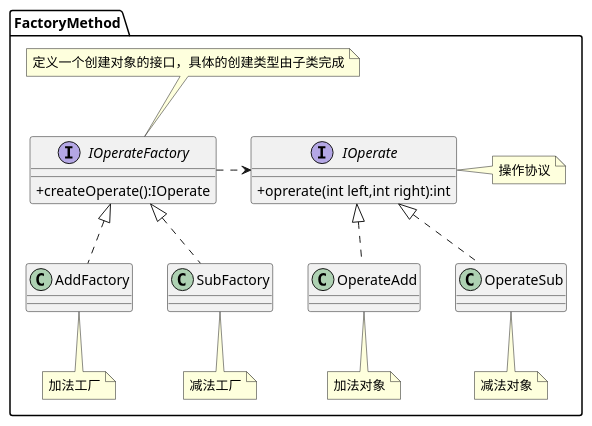
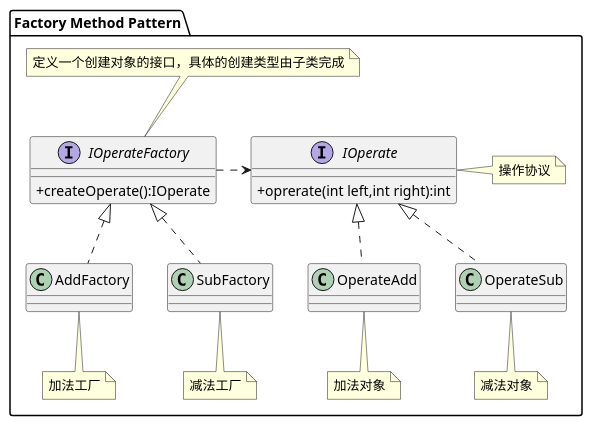
One commit to mxdldev/java-design-pattern changed the diagram in lib_design_pattern/src/main/java/com/mxdl/desigin/pattern/create/a04_factory_method/uml/factory_method.puml. Above: the diagram before and after it, drawn with PlantUML. The commit also changed 56 other files, not shown here.

```diff
--- a/lib_design_pattern/src/main/java/com/mxdl/desigin/pattern/create/a04_factory_method/uml/factory_method.puml
+++ b/lib_design_pattern/src/main/java/com/mxdl/desigin/pattern/create/a04_factory_method/uml/factory_method.puml
@@ -1,32 +1,32 @@
 @startuml
 skinparam classAttributeIconSize 0
-package FactoryMethod{
+package "Factory Method Pattern"{
 
     interface IOperate{
         +oprerate(int left,int right):int
     }
     note right:操作协议
 
     class OperateAdd
     note bottom:加法对象
     class OperateAdd implements IOperate
 
     class OperateSub
     note bottom:减法对象
     class OperateSub implements IOperate
 
     interface IOperateFactory{
         +createOperate():IOperate
     }
     note top:定义一个创建对象的接口，具体的创建类型由子类完成
     class AddFactory
     note bottom:加法工厂
     class AddFactory implements IOperateFactory
 
     class SubFactory
     note bottom:减法工厂
     class SubFactory implements IOperateFactory
 
     IOperateFactory .> IOperate
 }
 @enduml
```
